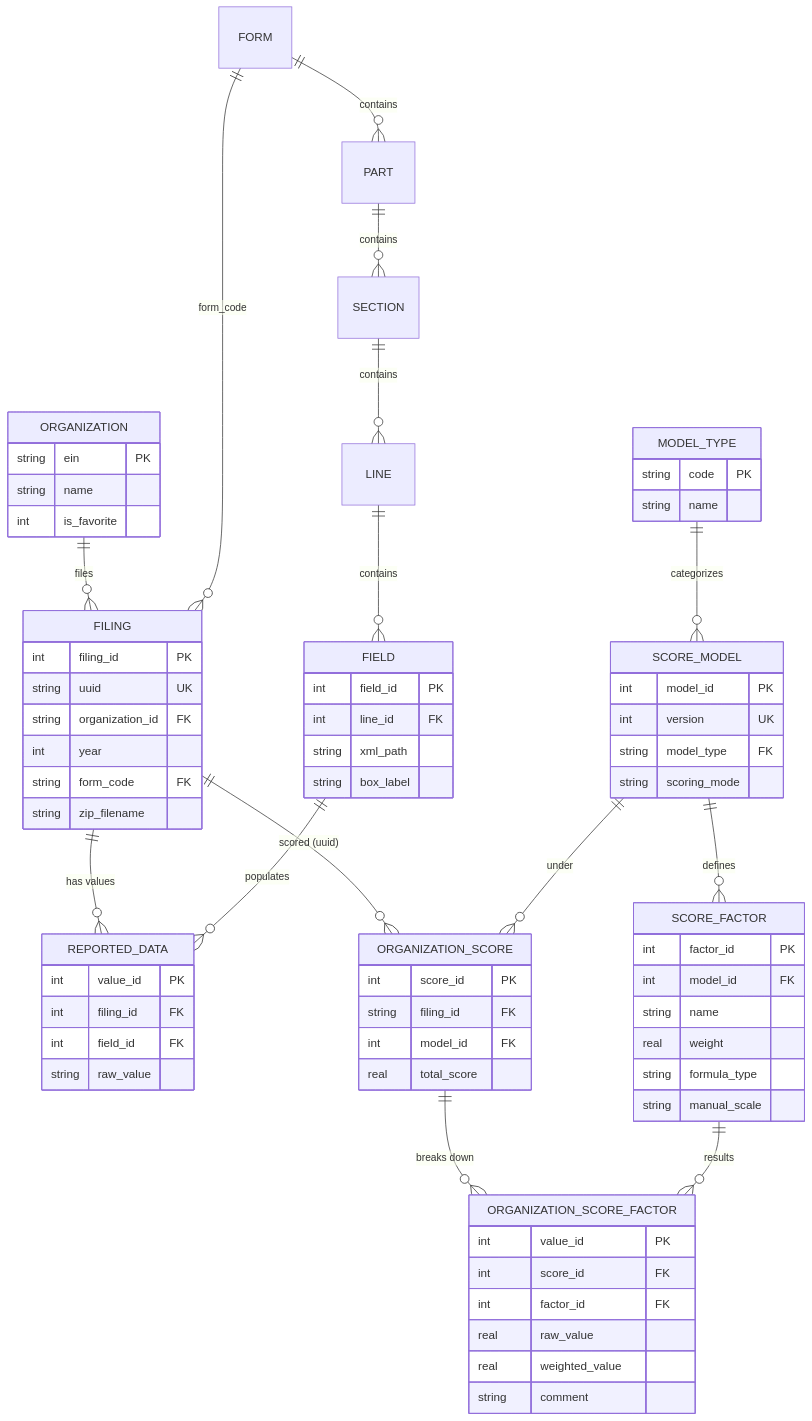
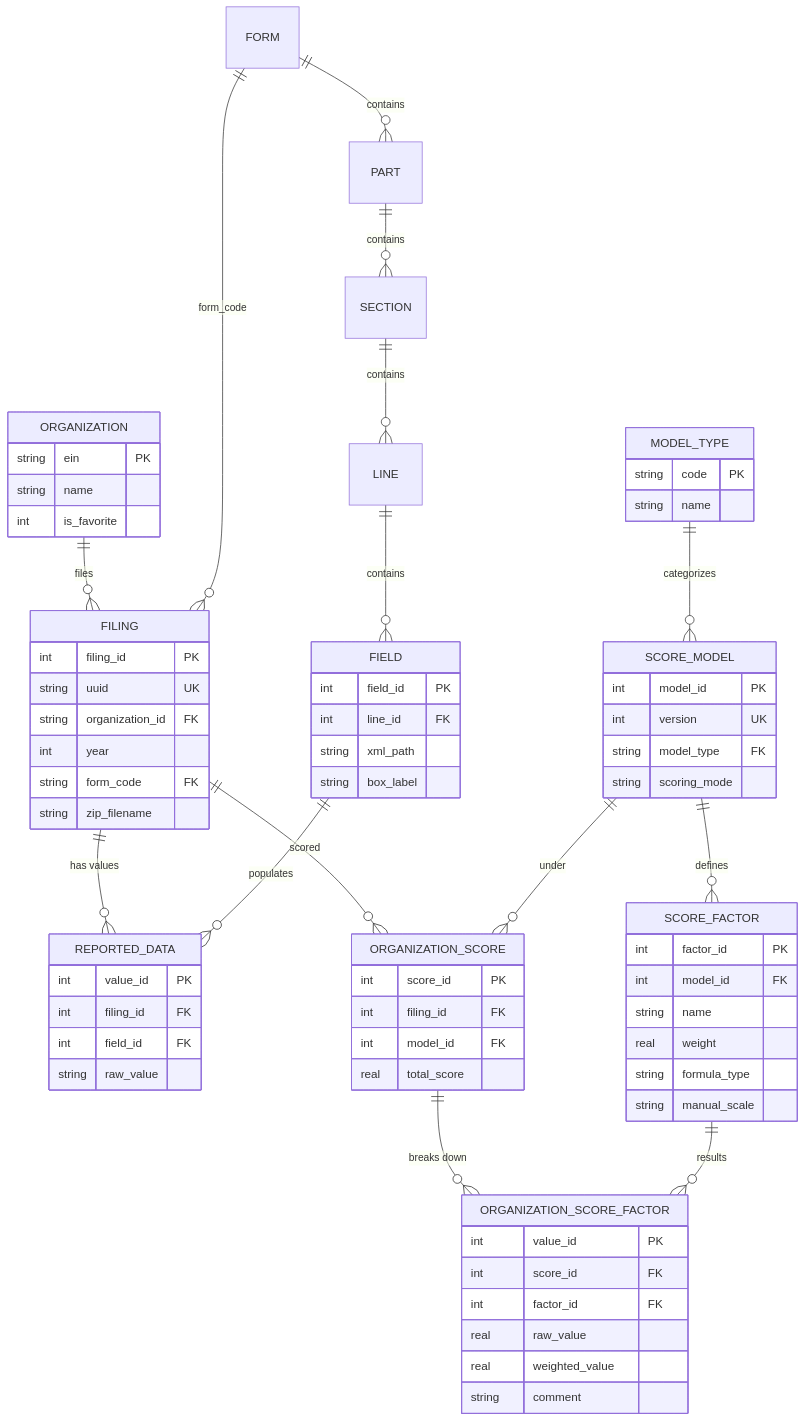
Before and after one commit to CalamooseLabs/OpenReturn: the second of 3 diagrams in docs/development/architecture.md, drawn with Mermaid. The commit also changed other lines of this file and 29 other files, not shown here.

````diff
--- a/docs/development/architecture.md
+++ b/docs/development/architecture.md
@@ -56,75 +56,75 @@
 ```mermaid
 erDiagram
   ORGANIZATION ||--o{ FILING : files
   FILING ||--o{ REPORTED_DATA : "has values"
   FIELD ||--o{ REPORTED_DATA : populates
   FORM ||--o{ PART : contains
   PART ||--o{ SECTION : contains
   SECTION ||--o{ LINE : contains
   LINE ||--o{ FIELD : contains
   FORM ||--o{ FILING : "form_code"
   MODEL_TYPE ||--o{ SCORE_MODEL : categorizes
   SCORE_MODEL ||--o{ SCORE_FACTOR : defines
-  FILING ||--o{ ORGANIZATION_SCORE : "scored (uuid)"
+  FILING ||--o{ ORGANIZATION_SCORE : "scored"
   SCORE_MODEL ||--o{ ORGANIZATION_SCORE : under
   ORGANIZATION_SCORE ||--o{ ORGANIZATION_SCORE_FACTOR : "breaks down"
   SCORE_FACTOR ||--o{ ORGANIZATION_SCORE_FACTOR : results
 
   ORGANIZATION {
     string ein PK
     string name
     int is_favorite
   }
   FILING {
     int filing_id PK
     string uuid UK
     string organization_id FK
     int year
     string form_code FK
     string zip_filename
   }
   REPORTED_DATA {
     int value_id PK
     int filing_id FK
     int field_id FK
     string raw_value
   }
   FIELD {
     int field_id PK
     int line_id FK
     string xml_path
     string box_label
   }
   MODEL_TYPE {
     string code PK
     string name
   }
   SCORE_MODEL {
     int model_id PK
     int version UK
     string model_type FK
     string scoring_mode
   }
   SCORE_FACTOR {
     int factor_id PK
     int model_id FK
     string name
     real weight
     string formula_type
     string manual_scale
   }
   ORGANIZATION_SCORE {
     int score_id PK
-    string filing_id FK
+    int filing_id FK
     int model_id FK
     real total_score
   }
   ORGANIZATION_SCORE_FACTOR {
     int value_id PK
     int score_id FK
     int factor_id FK
     real raw_value
     real weighted_value
     string comment
   }
 ```
````
